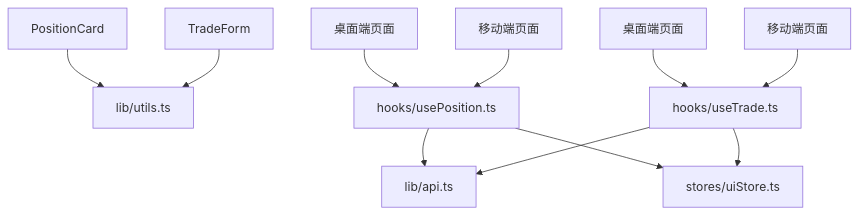
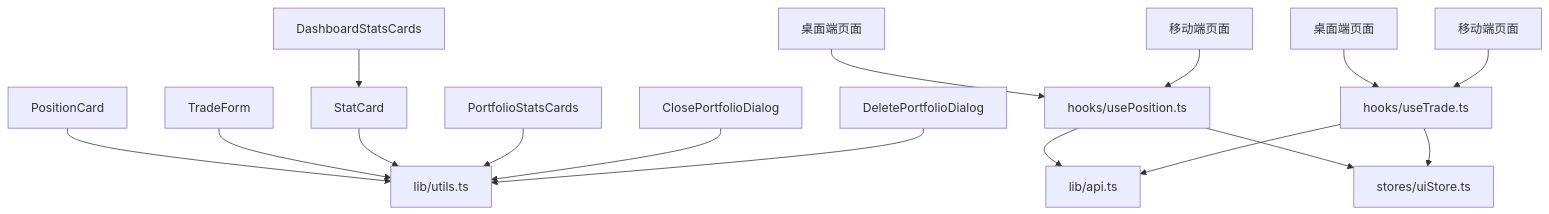
Before and after one commit to gujialind/InvestRing: the eighth of 11 diagrams in .qoder/repowiki/zh/content/前端应用架构/组件系统架构/共享组件.md, drawn with Mermaid. The commit also changed other lines of this file and 39 other files, not shown here.

````diff
--- a/.qoder/repowiki/zh/content/前端应用架构/组件系统架构/共享组件.md
+++ b/.qoder/repowiki/zh/content/前端应用架构/组件系统架构/共享组件.md
@@ -232,13 +358,18 @@
 ```mermaid
 graph TB
 PC["PositionCard"] --> Utils["lib/utils.ts"]
 TF["TradeForm"] --> Utils
+SC["StatCard"] --> Utils
+DSC["DashboardStatsCards"] --> SC
+PSC["PortfolioStatsCards"] --> Utils
+CPD["ClosePortfolioDialog"] --> Utils
+DPD["DeletePortfolioDialog"] --> Utils
 PDesk["桌面端页面"] --> HooksP["hooks/usePosition.ts"]
 TDesk["桌面端页面"] --> HooksT["hooks/useTrade.ts"]
 PMob["移动端页面"] --> HooksP
 TMob["移动端页面"] --> HooksT
 HooksP --> API["lib/api.ts"]
 HooksT --> API
 HooksP --> Store["stores/uiStore.ts"]
 HooksT --> Store
 ```
````
